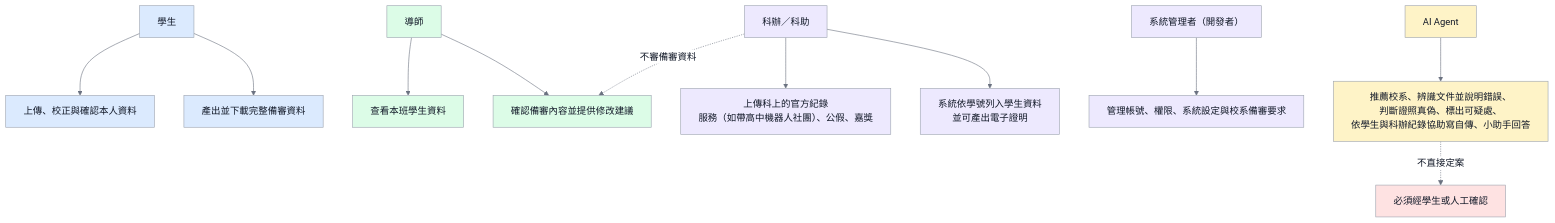
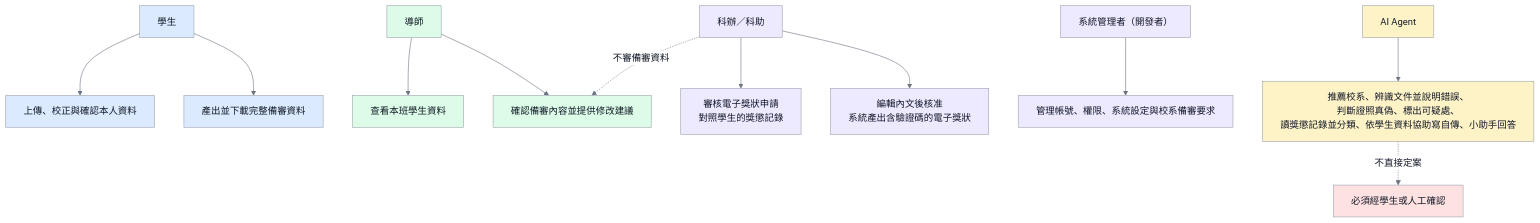
The diagram in docs/images/D-14-role-responsibility.mmd (vujhdcusa/1028), drawn with Mermaid before and after one commit. The commit also changed 33 other files, not shown here.

```diff
--- a/docs/images/D-14-role-responsibility.mmd
+++ b/docs/images/D-14-role-responsibility.mmd
@@ -1,18 +1,18 @@
 %%{init: {'theme':'base','themeVariables': {'fontFamily':'Microsoft JhengHei, Noto Sans TC, Arial, sans-serif','primaryColor':'#F3F4F6','primaryTextColor':'#111827','primaryBorderColor':'#9CA3AF','lineColor':'#6B7280','edgeLabelBackground':'#FFFFFF'},'flowchart':{'wrappingWidth':400}}}%%
 flowchart TD
     classDef student fill:#DBEAFE,stroke:#9CA3AF,color:#111827,stroke-width:1px;
     classDef teacher fill:#DCFCE7,stroke:#9CA3AF,color:#111827,stroke-width:1px;
     classDef staff fill:#EDE9FE,stroke:#9CA3AF,color:#111827,stroke-width:1px;
     classDef ai fill:#FEF3C7,stroke:#9CA3AF,color:#111827,stroke-width:1px;
     classDef alert fill:#FEE2E2,stroke:#9CA3AF,color:#111827,stroke-width:1px;
 
     Student[學生]:::student --> S1[上傳、校正與確認本人資料]:::student
     Student --> S2[產出並下載完整備審資料]:::student
     Teacher[導師]:::teacher --> T1[查看本班學生資料]:::teacher
     Teacher --> T2[確認備審內容並提供修改建議]:::teacher
-    Staff[科辦／科助]:::staff --> F1[上傳科上的官方紀錄<br/>服務（如帶高中機器人社團）、公假、嘉獎]:::staff
-    Staff --> F2[系統依學號列入學生資料<br/>並可產出電子證明]:::staff
+    Staff[科辦／科助]:::staff --> F1[審核電子獎狀申請<br/>對照學生的獎懲記錄]:::staff
+    Staff --> F2[編輯內文後核准<br/>系統產出含驗證碼的電子獎狀]:::staff
     Staff -.不審備審資料.-> T2
     Admin[系統管理者（開發者）]:::staff --> A1[管理帳號、權限、系統設定與校系備審要求]:::staff
-    Agent[AI Agent]:::ai --> G1[推薦校系、辨識文件並說明錯誤、<br/>判斷證照真偽、標出可疑處、<br/>依學生與科辦紀錄協助寫自傳、小助手回答]:::ai
+    Agent[AI Agent]:::ai --> G1[推薦校系、辨識文件並說明錯誤、<br/>判斷證照真偽、標出可疑處、<br/>讀獎懲記錄並分類、依學生資料協助寫自傳、小助手回答]:::ai
     G1 -.不直接定案.-> Block[必須經學生或人工確認]:::alert
```
